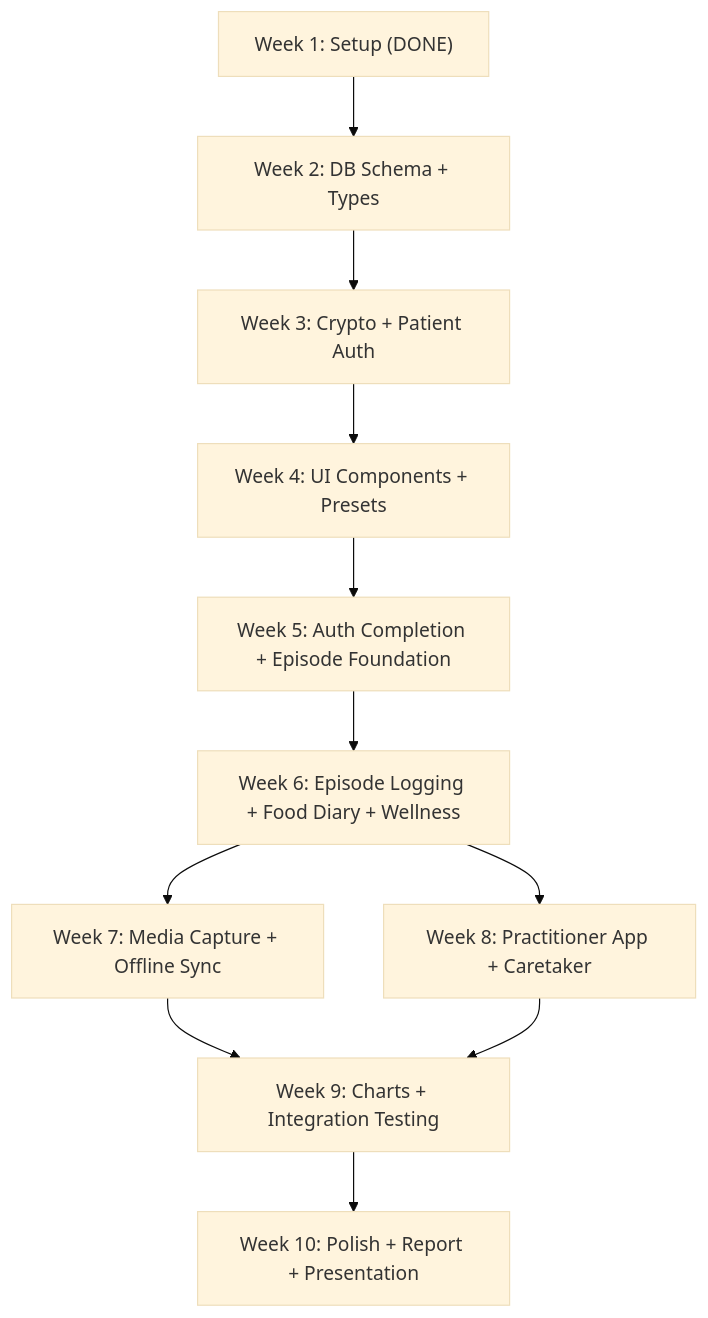
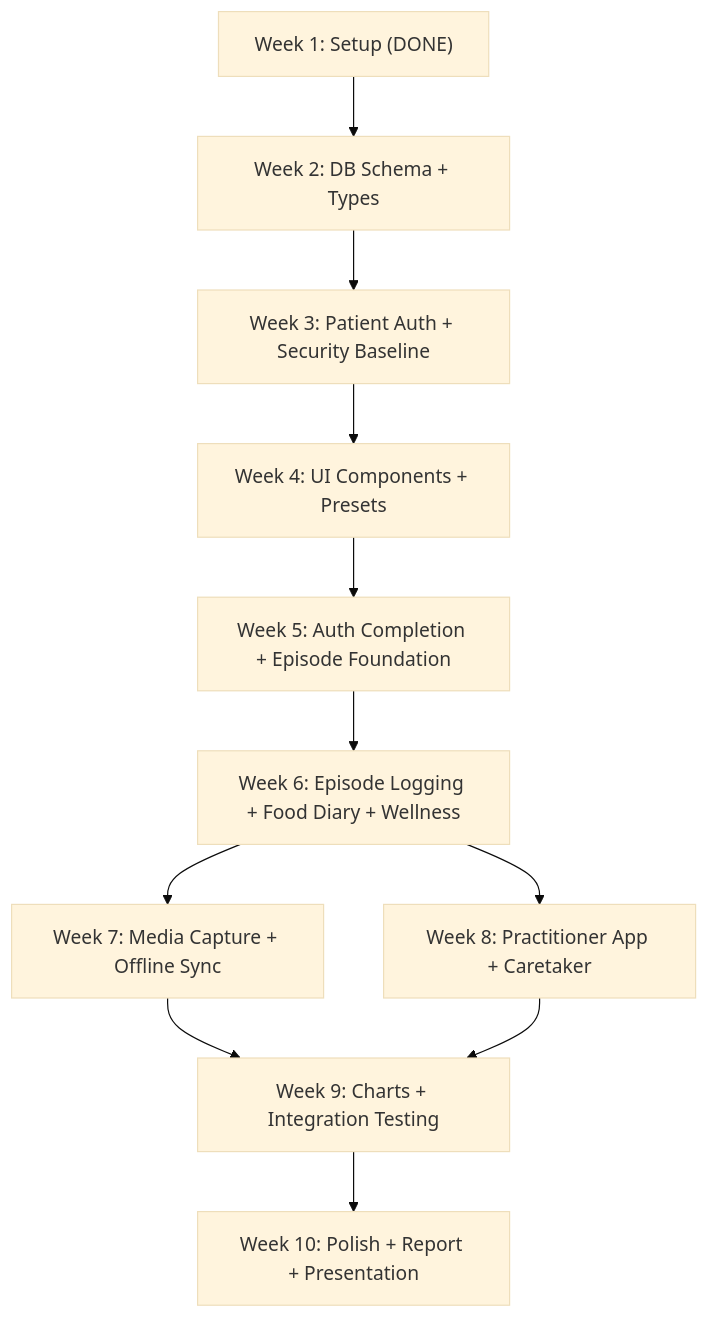
Before and after one commit to threehappypenguins/ABStrack: the diagram in docs/ROADMAP.md, drawn with Mermaid (base theme). The commit also changed other lines of this file, not shown here.

Commit message:
docs: updated roadmap to align with updated PRD

````diff
--- a/docs/ROADMAP.md
+++ b/docs/ROADMAP.md
@@ -236,24 +227,24 @@
 ```mermaid
 graph TD
     W1["Week 1: Setup (DONE)"]
     W2[Week 2: DB Schema + Types]
-    W3[Week 3: Crypto + Patient Auth]
+    W3[Week 3: Patient Auth + Security Baseline]
     W4[Week 4: UI Components + Presets]
     W5[Week 5: Auth Completion + Episode Foundation]
     W6[Week 6: Episode Logging + Food Diary + Wellness]
     W7[Week 7: Media Capture + Offline Sync]
     W8[Week 8: Practitioner App + Caretaker]
     W9[Week 9: Charts + Integration Testing]
     W10[Week 10: Polish + Report + Presentation]
 
     W1 --> W2
     W2 --> W3
     W3 --> W4
     W4 --> W5
     W5 --> W6
     W6 --> W7
     W6 --> W8
     W7 --> W9
     W8 --> W9
     W9 --> W10
 ```
````
